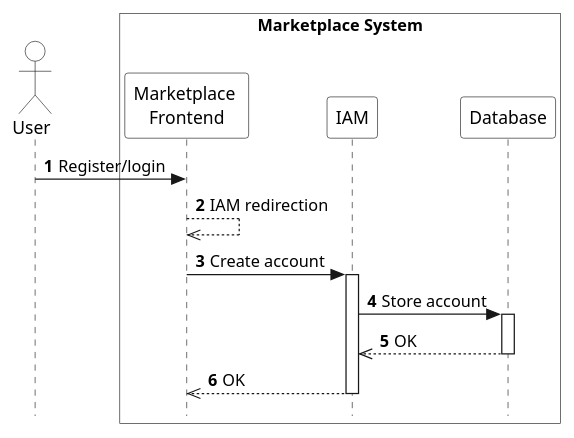
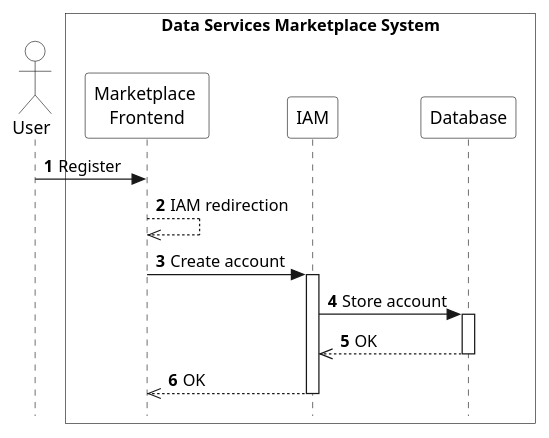
The diagram in arc42/marketplace/runtime-view/figures/marketplace-create-account.puml (eddie-energy/architecture), drawn with PlantUML before and after one commit. The commit also changed 5 other files, not shown here.

```diff
--- a/arc42/marketplace/runtime-view/figures/marketplace-create-account.puml
+++ b/arc42/marketplace/runtime-view/figures/marketplace-create-account.puml
@@ -1,30 +1,30 @@
 @startuml marketplace-create-account
 
 skinparam style strictuml
 skinparam sequence {
   ParticipantBackgroundColor transparent
   ActorBackgroundColor transparent
 }
 
 autonumber
 !pragma teoz true
 
 actor "User" as user
-box "Marketplace System" #transparent
+box "Data Services Marketplace System" #transparent
   participant "Marketplace \nFrontend" as app
   participant "IAM" as iam
   participant "Database" as database
 end box
 
-user -> app : Register/login
+user -> app : Register
 app -->> app : IAM redirection
 app -> iam : Create account
 activate iam
 iam -> database : Store account
 activate database
 database -->> iam : OK
 deactivate database
 iam -->> app : OK
 deactivate iam
 
 @enduml
```
